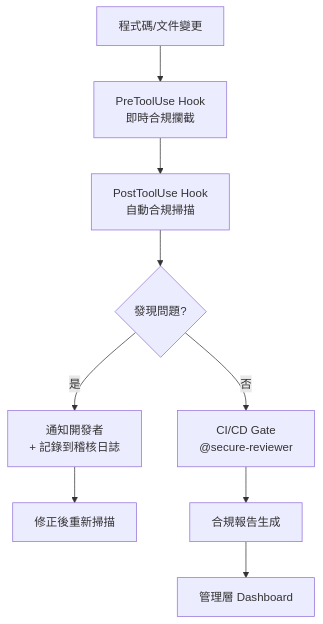
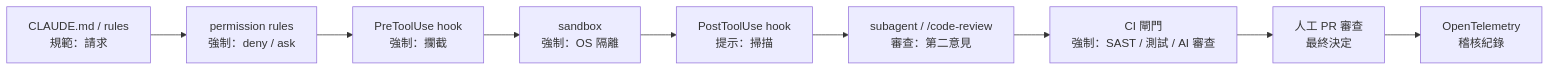
One commit to chihhung/Blog changed the seventh of 9 diagrams in content/posts/教學/AI開發/claude-howto 教學手冊.md. Above: the diagram before and after it, drawn with Mermaid. The commit also changed other lines of this file and 4 other files, not shown here.

````diff
--- a/content/posts/教學/AI開發/claude-howto 教學手冊.md
+++ b/content/posts/教學/AI開發/claude-howto 教學手冊.md
@@ -2055,11 +4550,11 @@
 ```mermaid
-graph TD
-    A[程式碼/文件變更] --> B[PreToolUse Hook<br/>即時合規攔截]
-    B --> C[PostToolUse Hook<br/>自動合規掃描]
-    C --> D{發現問題?}
-    D -->|是| E[通知開發者<br/>+ 記錄到稽核日誌]
-    D -->|否| F[CI/CD Gate<br/>@secure-reviewer]
-    E --> G[修正後重新掃描]
-    F --> H[合規報告生成]
-    H --> I[管理層 Dashboard]
+flowchart LR
+    A[CLAUDE.md / rules<br/>規範：請求] --> B[permission rules<br/>強制：deny / ask]
+    B --> C[PreToolUse hook<br/>強制：攔截]
+    C --> D[sandbox<br/>強制：OS 隔離]
+    D --> E[PostToolUse hook<br/>提示：掃描]
+    E --> F[subagent / /code-review<br/>審查：第二意見]
+    F --> G[CI 閘門<br/>強制：SAST / 測試 / AI 審查]
+    G --> H[人工 PR 審查<br/>最終決定]
+    H --> I[OpenTelemetry<br/>稽核紀錄]
 ```
````
